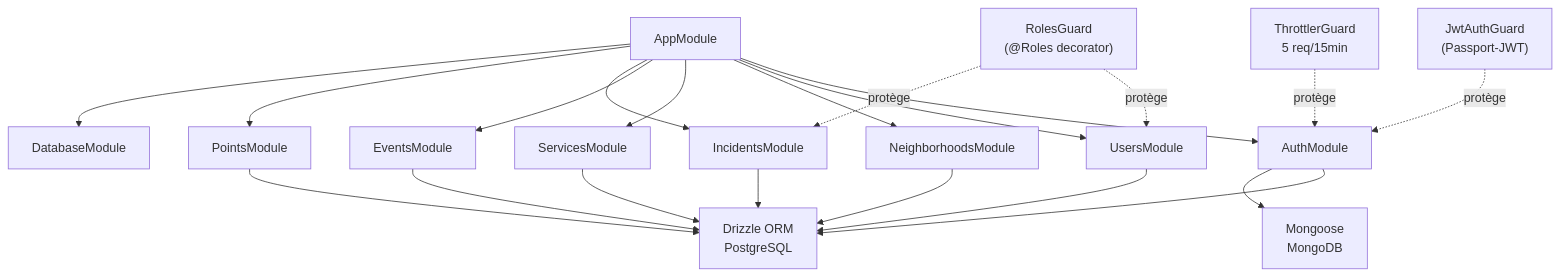
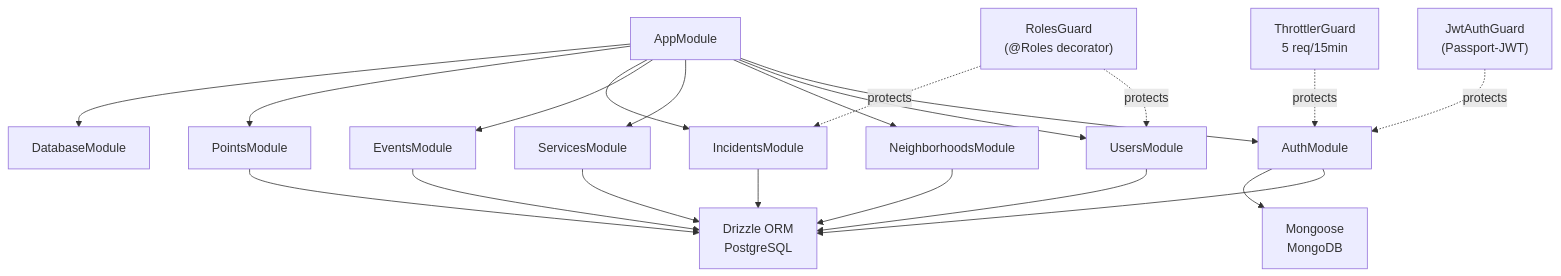
Diagram 14 of 23 in docs/RAPPORT-ETAPE2.md (creibaud/QuartierConnect), drawn with Mermaid before and after one commit. The commit also changed other lines of this file and 155 other files, not shown here.

````diff
--- a/docs/RAPPORT-ETAPE2.md
+++ b/docs/RAPPORT-ETAPE2.md
@@ -581,25 +581,25 @@
 ```mermaid
 graph TD
     AppModule --> AuthModule
     AppModule --> UsersModule
     AppModule --> NeighborhoodsModule
     AppModule --> ServicesModule
     AppModule --> EventsModule
     AppModule --> IncidentsModule
     AppModule --> PointsModule
     AppModule --> DatabaseModule
 
     AuthModule --> DrizzleDB["Drizzle ORM\nPostgreSQL"]
     AuthModule --> MongooseDB["Mongoose\nMongoDB"]
     UsersModule --> DrizzleDB
     IncidentsModule --> DrizzleDB
     PointsModule --> DrizzleDB
     NeighborhoodsModule --> DrizzleDB
     ServicesModule --> DrizzleDB
     EventsModule --> DrizzleDB
 
-    JwtGuard["JwtAuthGuard\n(Passport-JWT)"] -.->|protège| AuthModule
-    RolesGuard["RolesGuard\n(@Roles decorator)"] -.->|protège| UsersModule
-    RolesGuard -.->|protège| IncidentsModule
-    Throttler["ThrottlerGuard\n5 req/15min"] -.->|protège| AuthModule
+    JwtGuard["JwtAuthGuard\n(Passport-JWT)"] -.->|protects| AuthModule
+    RolesGuard["RolesGuard\n(@Roles decorator)"] -.->|protects| UsersModule
+    RolesGuard -.->|protects| IncidentsModule
+    Throttler["ThrottlerGuard\n5 req/15min"] -.->|protects| AuthModule
 ```
````
